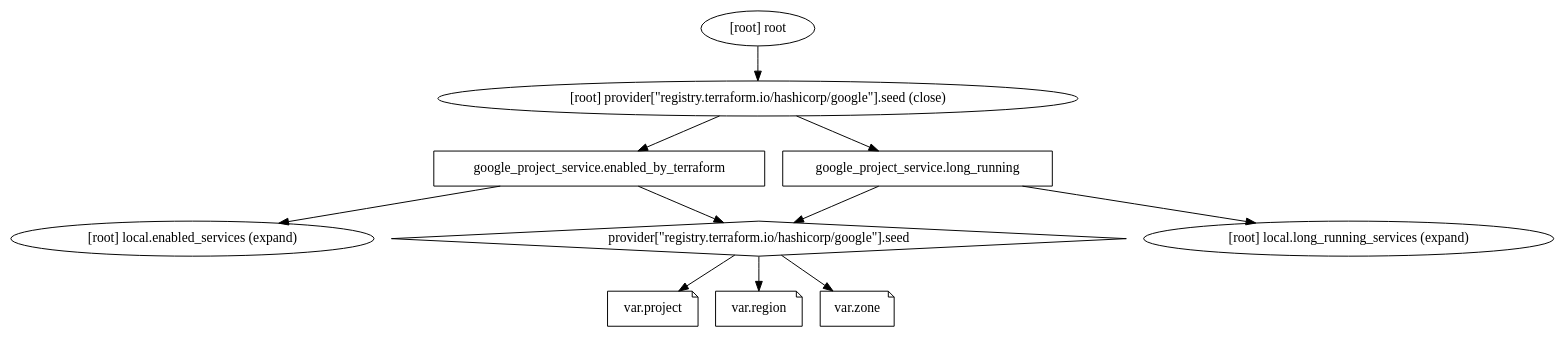
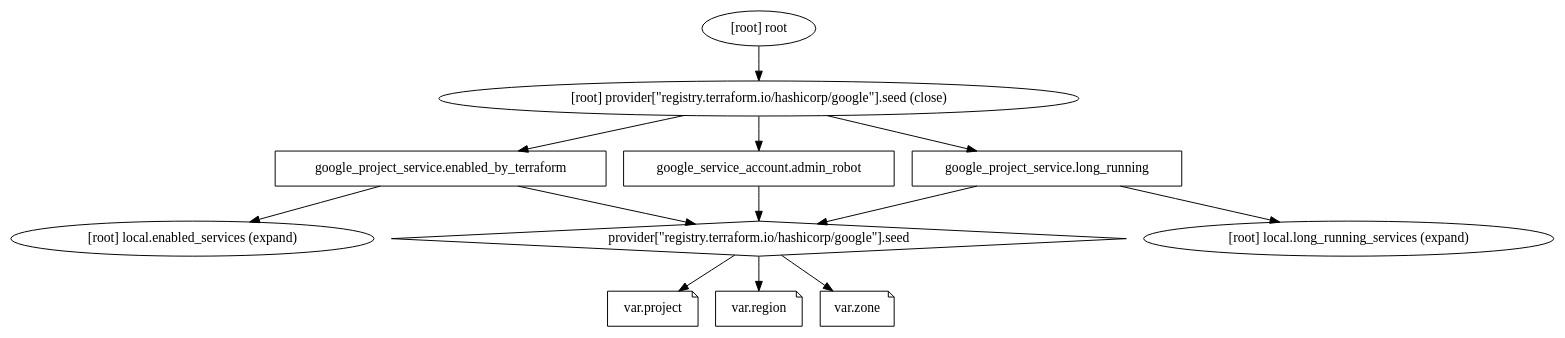
One commit to olliefr/tf-gcp-shenanigans changed the diagram in shenanigans.dot. Above: the diagram before and after it, drawn with Graphviz. The commit also changed 1 other file, not shown here.

Commit message:
Add admin-robot service account. It does not depend on enabled services yet.

```diff
--- a/shenanigans.dot
+++ b/shenanigans.dot
@@ -1,22 +1,25 @@
 digraph {
         compound = "true"
         newrank = "true"
         subgraph "root" {
                 "[root] google_project_service.enabled_by_terraform (expand)" [label = "google_project_service.enabled_by_terraform", shape = "box"]
                 "[root] google_project_service.long_running (expand)" [label = "google_project_service.long_running", shape = "box"]
+                "[root] google_service_account.admin_robot (expand)" [label = "google_service_account.admin_robot", shape = "box"]
                 "[root] provider[\"registry.terraform.io/hashicorp/google\"].seed" [label = "provider[\"registry.terraform.io/hashicorp/google\"].seed", shape = "diamond"]
                 "[root] var.project" [label = "var.project", shape = "note"]
                 "[root] var.region" [label = "var.region", shape = "note"]
                 "[root] var.zone" [label = "var.zone", shape = "note"]
                 "[root] google_project_service.enabled_by_terraform (expand)" -> "[root] local.enabled_services (expand)"
                 "[root] google_project_service.enabled_by_terraform (expand)" -> "[root] provider[\"registry.terraform.io/hashicorp/google\"].seed"
                 "[root] google_project_service.long_running (expand)" -> "[root] local.long_running_services (expand)"
                 "[root] google_project_service.long_running (expand)" -> "[root] provider[\"registry.terraform.io/hashicorp/google\"].seed"
+                "[root] google_service_account.admin_robot (expand)" -> "[root] provider[\"registry.terraform.io/hashicorp/google\"].seed"
                 "[root] provider[\"registry.terraform.io/hashicorp/google\"].seed (close)" -> "[root] google_project_service.enabled_by_terraform (expand)"
                 "[root] provider[\"registry.terraform.io/hashicorp/google\"].seed (close)" -> "[root] google_project_service.long_running (expand)"
+                "[root] provider[\"registry.terraform.io/hashicorp/google\"].seed (close)" -> "[root] google_service_account.admin_robot (expand)"
                 "[root] provider[\"registry.terraform.io/hashicorp/google\"].seed" -> "[root] var.project"
                 "[root] provider[\"registry.terraform.io/hashicorp/google\"].seed" -> "[root] var.region"
                 "[root] provider[\"registry.terraform.io/hashicorp/google\"].seed" -> "[root] var.zone"
                 "[root] root" -> "[root] provider[\"registry.terraform.io/hashicorp/google\"].seed (close)"
         }
 }
```
